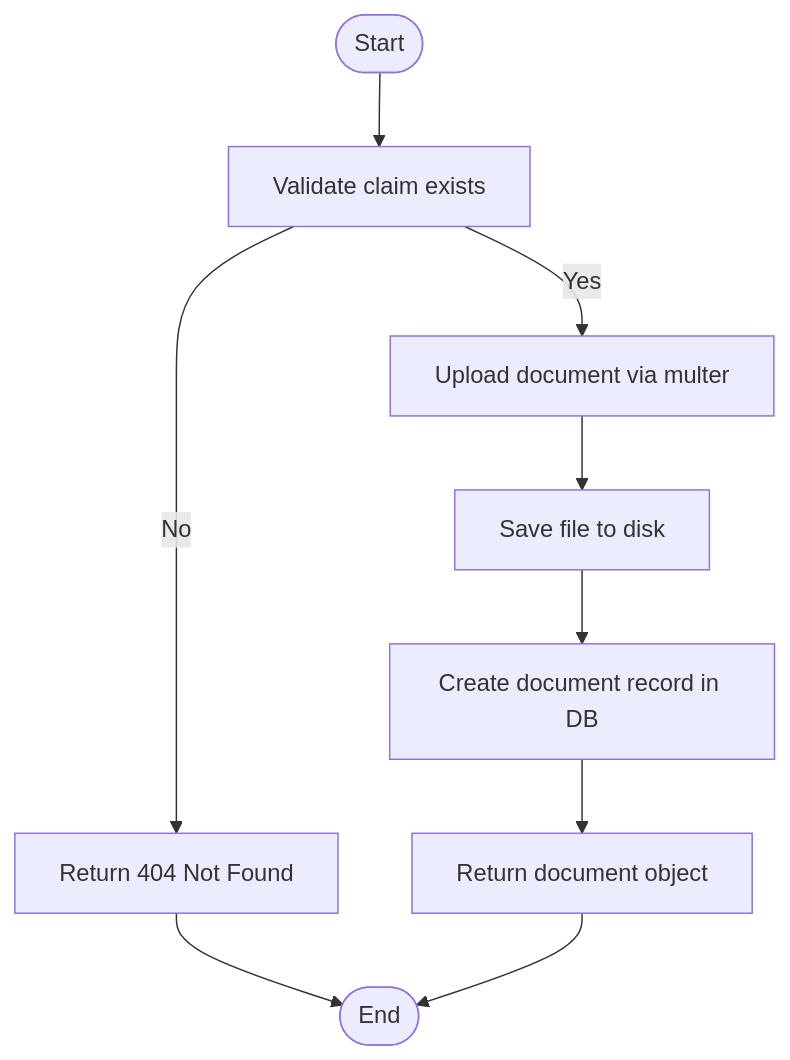
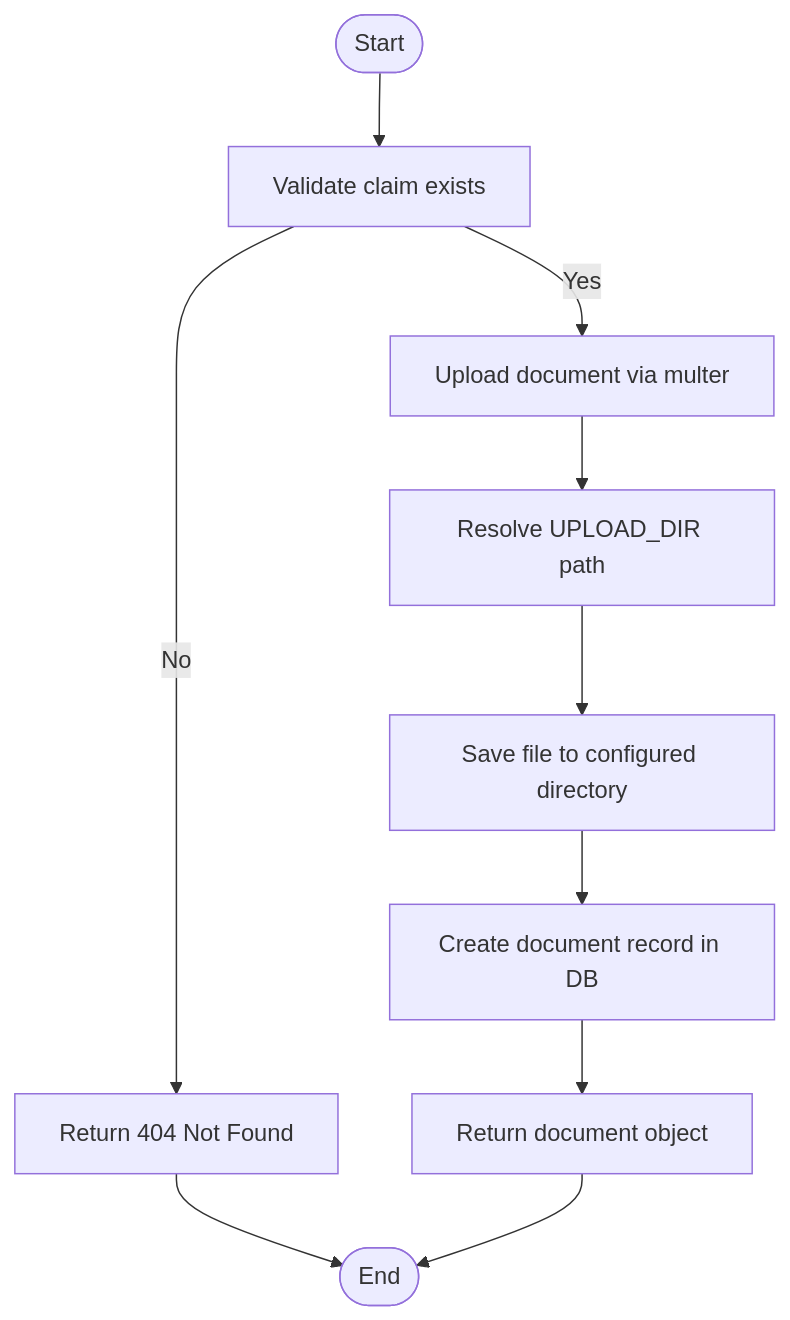
The third of 6 diagrams in .qoder/repowiki/en/content/Backend Documentation/Business Logic & Services/Document Verification Service.md (NaveenHiranya/Smart-Vehicle-Insurance-Claim-System), drawn with Mermaid before and after one commit. The commit also changed other lines of this file and 65 other files, not shown here.

````diff
--- a/.qoder/repowiki/en/content/Backend Documentation/Business Logic & Services/Document Verification Service.md
+++ b/.qoder/repowiki/en/content/Backend Documentation/Business Logic & Services/Document Verification Service.md
@@ -251,11 +270,12 @@
 ```mermaid
 flowchart TD
 Start(["Start"]) --> CheckClaim["Validate claim exists"]
 CheckClaim --> |Yes| Upload["Upload document via multer"]
 CheckClaim --> |No| Err404["Return 404 Not Found"]
-Upload --> SaveFile["Save file to disk"]
+Upload --> ResolvePath["Resolve UPLOAD_DIR path"]
+ResolvePath --> SaveFile["Save file to configured directory"]
 SaveFile --> CreateRecord["Create document record in DB"]
 CreateRecord --> ReturnDoc["Return document object"]
 Err404 --> End(["End"])
 ReturnDoc --> End
 ```
````
